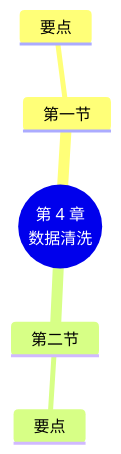
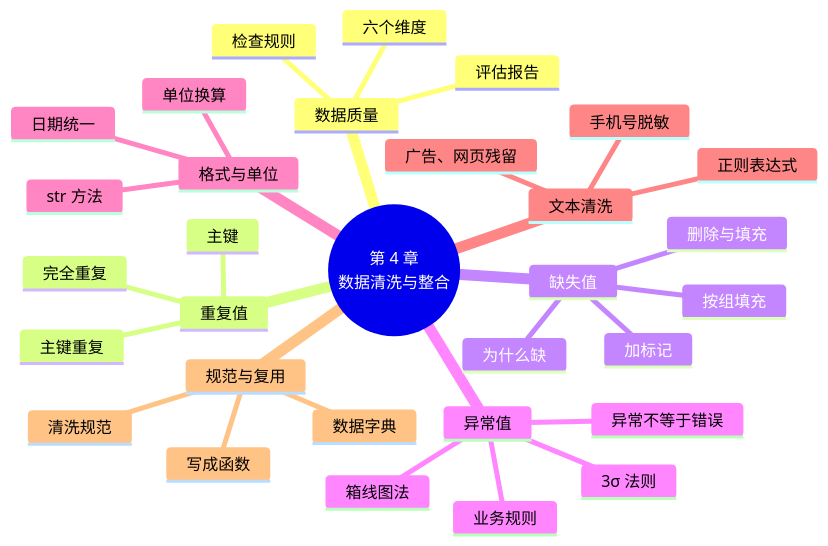
The diagram in docs/chapters/04-cleaning/index.md (MingziFu9/ai-data-analysis), drawn with Mermaid before and after one commit. The commit also changed other lines of this file and 15 other files, not shown here.

````diff
--- a/docs/chapters/04-cleaning/index.md
+++ b/docs/chapters/04-cleaning/index.md
@@ -188,8 +673,34 @@
 ```mermaid
 mindmap
-  root((第 4 章<br/>数据清洗))
-    第一节
-      要点
-    第二节
-      要点
+  root((第 4 章<br/>数据清洗与整合))
+    数据质量
+      六个维度
+      检查规则
+      评估报告
+    重复值
+      主键
+      完全重复
+      主键重复
+    缺失值
+      为什么缺
+      删除与填充
+      按组填充
+      加标记
+    异常值
+      3σ 法则
+      箱线图法
+      业务规则
+      异常不等于错误
+    格式与单位
+      str 方法
+      日期统一
+      单位换算
+    文本清洗
+      正则表达式
+      广告、网页残留
+      手机号脱敏
+    规范与复用
+      清洗规范
+      数据字典
+      写成函数
 ```
````
